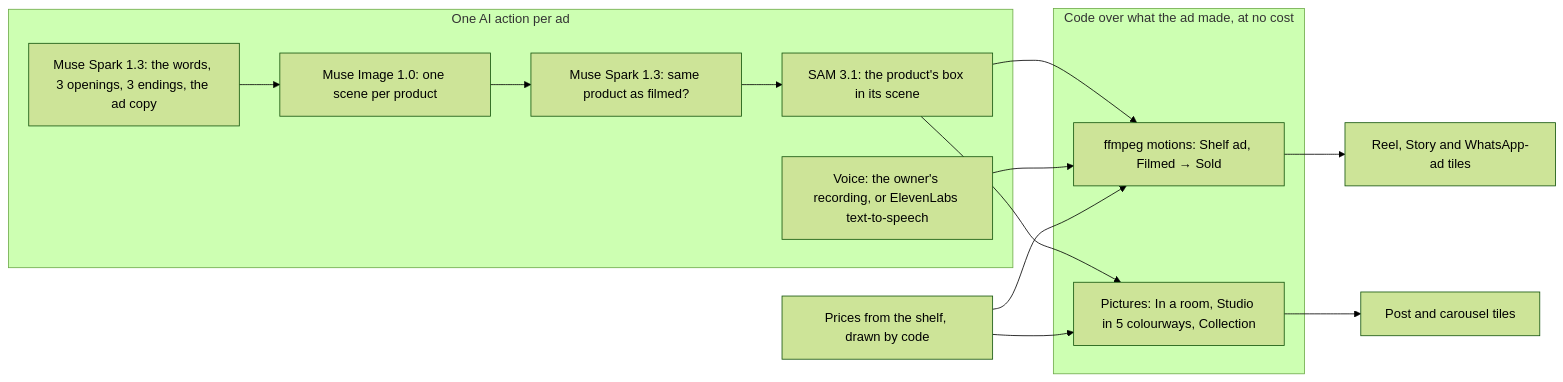
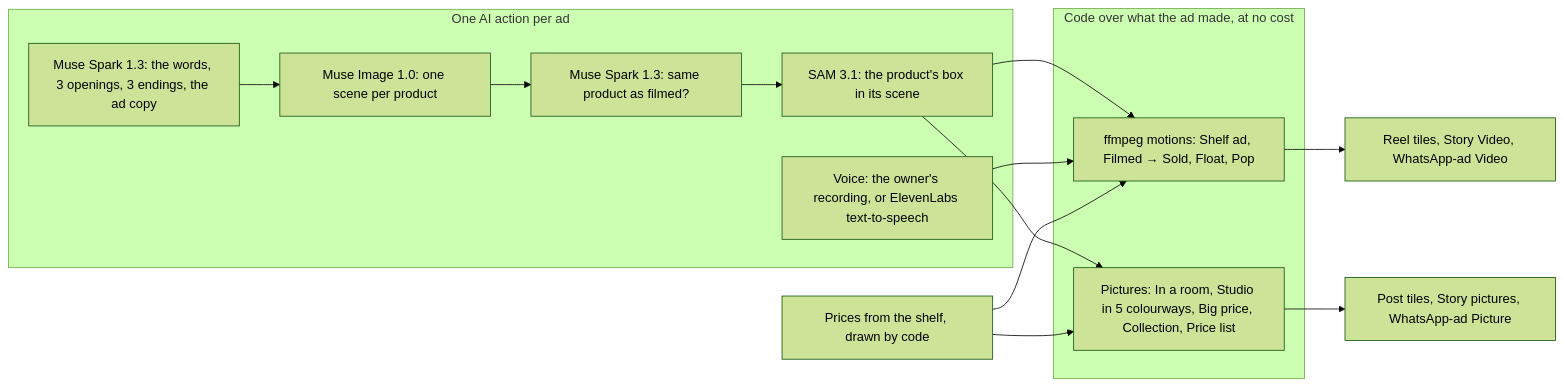
The second of 4 diagrams in docs/architecture.md (Fatdrfrog/meta-ai-hackathon), drawn with Mermaid (forest theme) before and after one commit. The commit also changed other lines of this file and 2 other files, not shown here.

````diff
--- a/docs/architecture.md
+++ b/docs/architecture.md
@@ -120,23 +120,23 @@
 ```mermaid
 flowchart LR
   subgraph action["One AI action per ad"]
     W["Muse Spark 1.3: the words, 3 openings, 3 endings, the ad copy"]
     SC["Muse Image 1.0: one scene per product"]
     CK["Muse Spark 1.3: same product as filmed?"]
     BX["SAM 3.1: the product's box in its scene"]
     VO["Voice: the owner's recording, or ElevenLabs text-to-speech"]
     W --> SC --> CK --> BX
   end
   subgraph free["Code over what the ad made, at no cost"]
-    MO["ffmpeg motions: Shelf ad, Filmed → Sold"]
-    ST["Pictures: In a room, Studio in 5 colourways, Collection"]
+    MO["ffmpeg motions: Shelf ad, Filmed → Sold, Float, Pop"]
+    ST["Pictures: In a room, Studio in 5 colourways, Big price, Collection, Price list"]
   end
   PR["Prices from the shelf, drawn by code"]
   BX --> MO
   BX --> ST
   VO --> MO
   PR --> MO
   PR --> ST
-  MO --> RT["Reel, Story and WhatsApp-ad tiles"]
-  ST --> PT["Post and carousel tiles"]
+  MO --> RT["Reel tiles, Story Video, WhatsApp-ad Video"]
+  ST --> PT["Post tiles, Story pictures, WhatsApp-ad Picture"]
 ```
````
